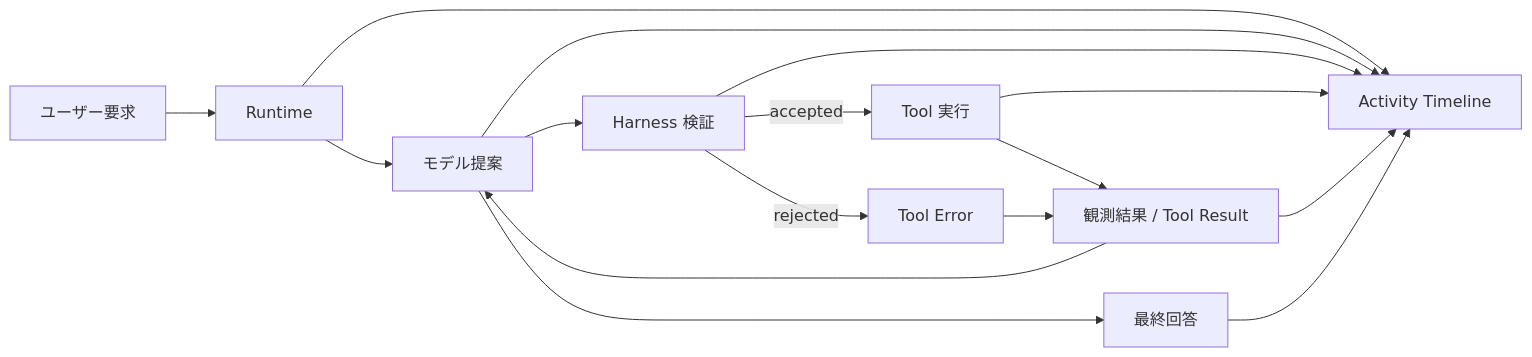
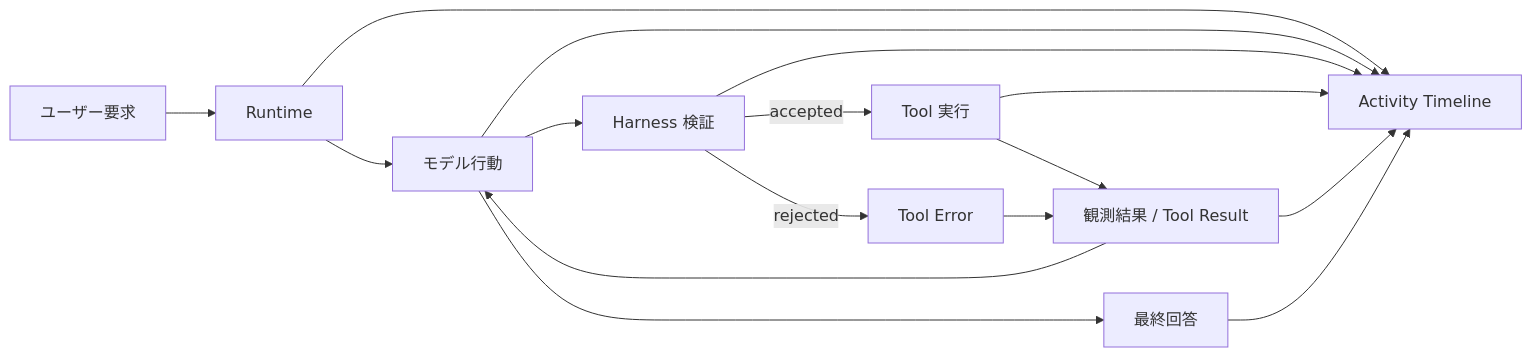
One commit to jonhncatt/Multi_Agent_Team changed the diagram in README.ja.md. Above: the diagram before and after it, drawn with Mermaid. The commit also changed other lines of this file and 14 other files, not shown here.

````diff
--- a/README.ja.md
+++ b/README.ja.md
@@ -114,18 +114,18 @@
 ```mermaid
 flowchart LR
     U["ユーザー要求"] --> R["Runtime"]
-    R --> M["モデル提案"]
+    R --> M["モデル行動"]
     M --> H["Harness 検証"]
     H -->|accepted| T["Tool 実行"]
     H -->|rejected| E["Tool Error"]
     T --> O["観測結果 / Tool Result"]
     E --> O
     O --> M
     M --> A["最終回答"]
     R --> UI["Activity Timeline"]
     M --> UI
     H --> UI
     T --> UI
     O --> UI
     A --> UI
 ```
````
